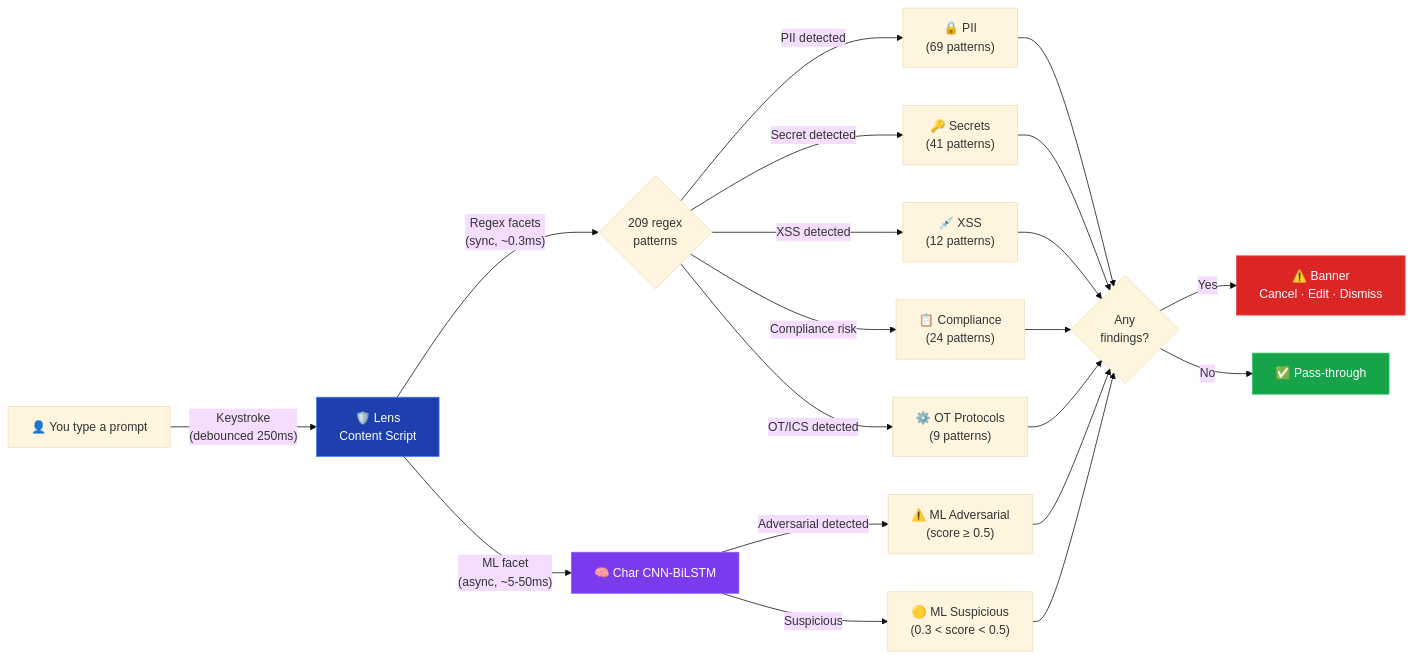
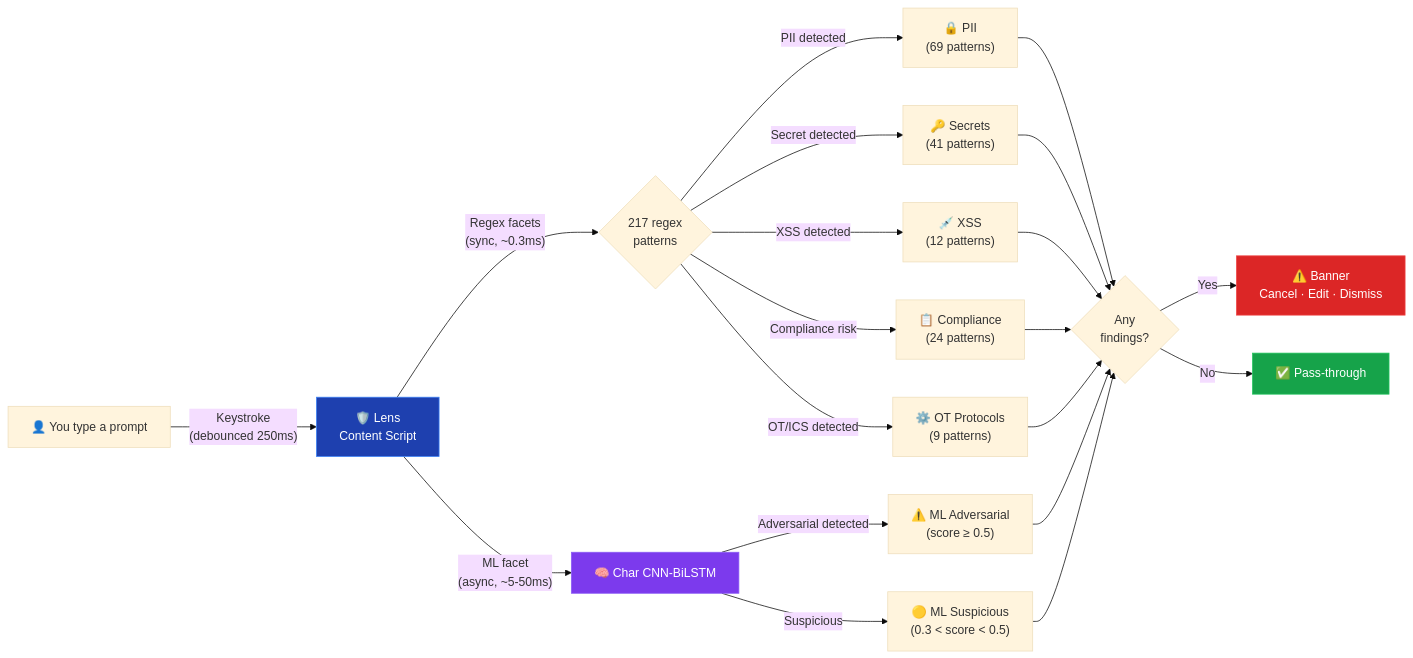
The diagram in README.md (aegisgatesecurity/aegisgate-lens), drawn with Mermaid (base theme) before and after one commit. The commit also changed other lines of this file, not shown here.

````diff
--- a/README.md
+++ b/README.md
@@ -113,23 +113,23 @@
 ```mermaid
 flowchart LR
     User["👤 You type a prompt"] -->|"Keystroke<br/>(debounced 250ms)"| Lens["🛡️ Lens<br/>Content Script"]
-    Lens -->|"Regex facets<br/>(sync, ~0.3ms)"| Regex{"209 regex<br/>patterns"}
+    Lens -->|"Regex facets<br/>(sync, ~0.3ms)"| Regex{"217 regex<br/>patterns"}
     Lens -->|"ML facet<br/>(async, ~5-50ms)"| ML["🧠 Char CNN-BiLSTM"]
 
     Regex -->|"PII detected"| PII["🔒 PII<br/>(69 patterns)"]
     Regex -->|"Secret detected"| Secret["🔑 Secrets<br/>(41 patterns)"]
     Regex -->|"XSS detected"| XSS["💉 XSS<br/>(12 patterns)"]
     Regex -->|"Compliance risk"| Comp["📋 Compliance<br/>(24 patterns)"]
     Regex -->|"OT/ICS detected"| OT["⚙️ OT Protocols<br/>(9 patterns)"]
     ML -->|"Adversarial detected"| Adv["⚠️ ML Adversarial<br/>(score ≥ 0.5)"]
     ML -->|"Suspicious"| Sus["🟡 ML Suspicious<br/>(0.3 < score < 0.5)"]
 
     PII & Secret & XSS & Comp & OT & Adv & Sus --> Decision{"Any<br/>findings?"}
     Decision -->|"Yes"| Banner["⚠️ Banner<br/>Cancel · Edit · Dismiss"]
     Decision -->|"No"| Pass["✅ Pass-through"]
 
     style Lens fill:#1e40af,stroke:#3b82f6,color:#fff
     style ML fill:#7c3aed,stroke:#8b5cf6,color:#fff
     style Banner fill:#dc2626,stroke:#ef4444,color:#fff
     style Pass fill:#16a34a,stroke:#22c55e,color:#fff
 ```
````
